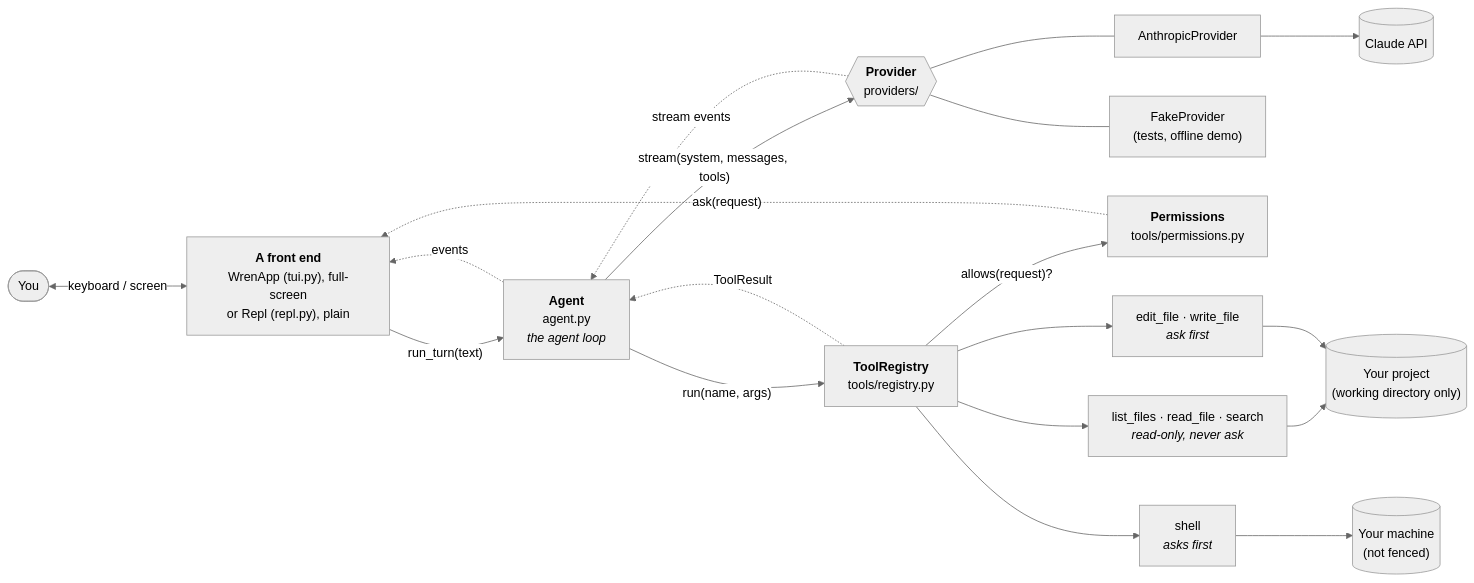
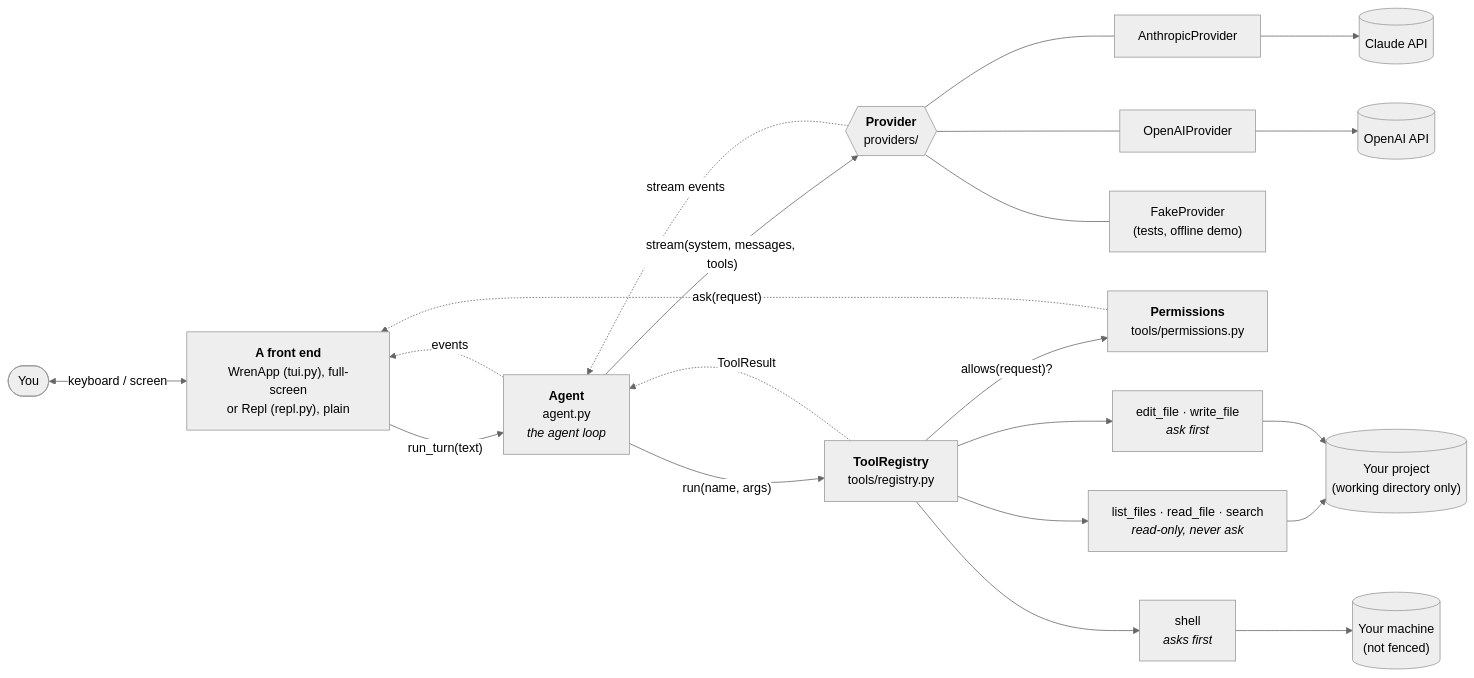
Before and after one commit to bensullivan2002/wren: the diagram in docs/ARCHITECTURE.md, drawn with Mermaid (neutral theme). The commit also changed other lines of this file and 14 other files, not shown here.

First line of the commit message:
Step 8: a second provider - OpenAI

````diff
--- a/docs/ARCHITECTURE.md
+++ b/docs/ARCHITECTURE.md
@@ -11,17 +11,18 @@
 ```mermaid
 flowchart LR
     you([You]) <-->|keyboard / screen| ui["<b>A front end</b><br/>WrenApp (tui.py), full-screen<br/>or Repl (repl.py), plain"]
     ui -->|"run_turn(text)"| agent["<b>Agent</b><br/>agent.py<br/><i>the agent loop</i>"]
     agent -.->|events| ui
     agent -->|"stream(system, messages, tools)"| provider{{"<b>Provider</b><br/>providers/"}}
     provider -.->|stream events| agent
     provider --- anthropic["AnthropicProvider"] --> api[("Claude API")]
+    provider --- openai["OpenAIProvider"] --> oai[("OpenAI API")]
     provider --- fake["FakeProvider<br/>(tests, offline demo)"]
     agent -->|"run(name, args)"| registry["<b>ToolRegistry</b><br/>tools/registry.py"]
     registry -.->|ToolResult| agent
     registry -->|"allows(request)?"| perms["<b>Permissions</b><br/>tools/permissions.py"]
     perms -.->|"ask(request)"| ui
     registry --> ro["list_files · read_file · search<br/><i>read-only, never ask</i>"] --> fs[("Your project<br/>(working directory only)")]
     registry --> rw["edit_file · write_file<br/><i>ask first</i>"] --> fs
     registry --> sh["shell<br/><i>asks first</i>"] --> os[("Your machine<br/>(not fenced)")]
 ```
````
